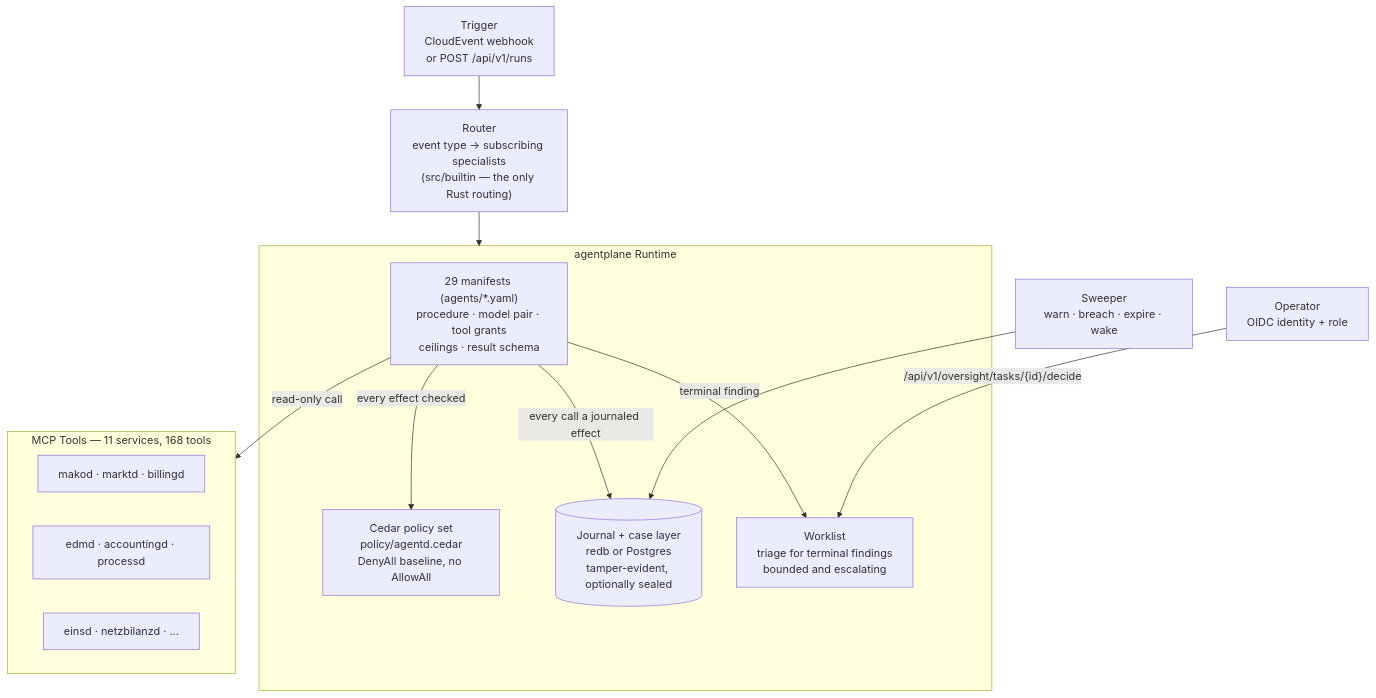
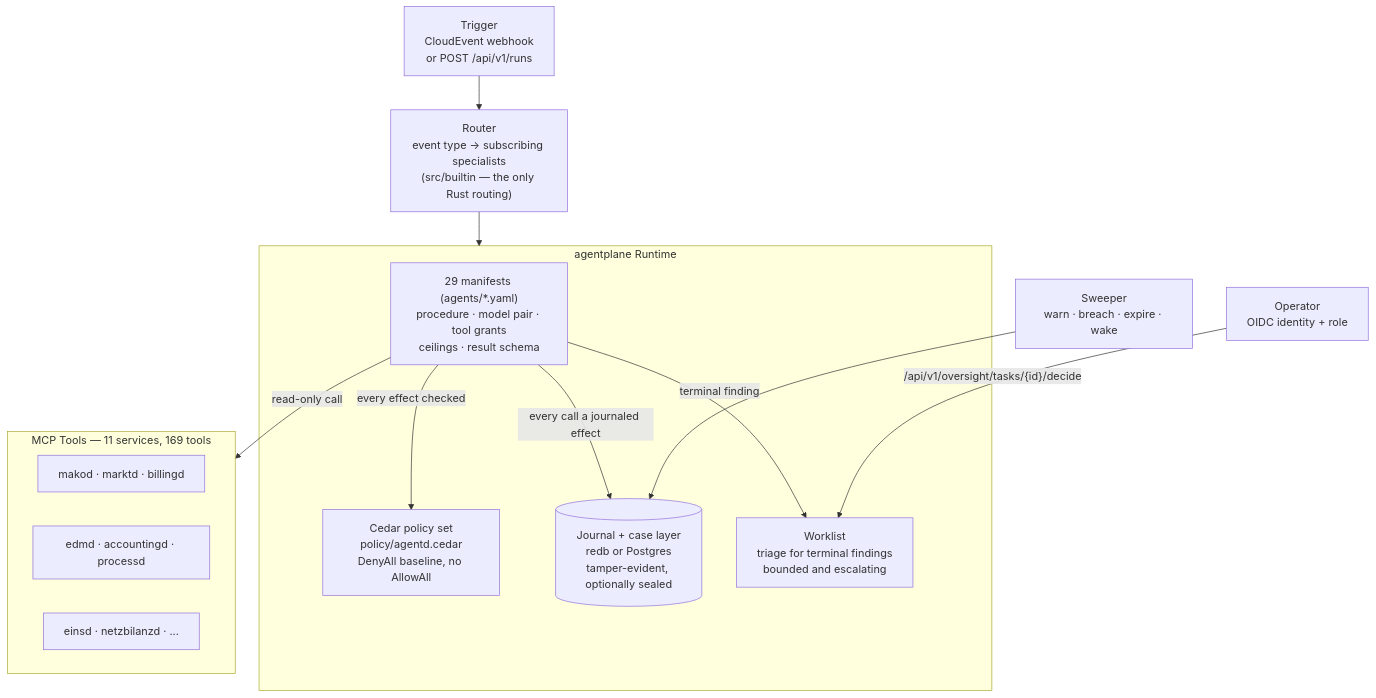
The first of 4 diagrams in site/content/docs/services/agentd.md (hupe1980/mako), drawn with Mermaid before and after one commit. The commit also changed other lines of this file and 112 other files, not shown here.

````diff
--- a/site/content/docs/services/agentd.md
+++ b/site/content/docs/services/agentd.md
@@ -418,29 +419,29 @@
 ```mermaid
 graph TB
     TRIGGER["Trigger<br/>CloudEvent webhook<br/>or POST /api/v1/runs"]
     ROUTER["Router<br/>event type → subscribing specialists<br/>(src/builtin — the only Rust routing)"]
 
     subgraph plane ["agentplane Runtime"]
         MANIFEST["29 manifests (agents/*.yaml)<br/>procedure · model pair · tool grants<br/>ceilings · result schema"]
         POLICY["Cedar policy set<br/>policy/agentd.cedar<br/>DenyAll baseline, no AllowAll"]
         JOURNAL[("Journal + case layer<br/>redb or Postgres<br/>tamper-evident, optionally sealed")]
         OVERSIGHT["Worklist<br/>triage for terminal findings<br/>bounded and escalating"]
     end
 
-    subgraph tools ["MCP Tools — 11 services, 168 tools"]
+    subgraph tools ["MCP Tools — 11 services, 169 tools"]
         T1["makod · marktd · billingd"]
         T2["edmd · accountingd · processd"]
         T3["einsd · netzbilanzd · ..."]
     end
 
     HUMAN["Operator<br/>OIDC identity + role"]
     SWEEP["Sweeper<br/>warn · breach · expire · wake"]
 
     TRIGGER --> ROUTER --> plane
     MANIFEST -->|"every effect checked"| POLICY
     MANIFEST -->|"every call a journaled effect"| JOURNAL
     MANIFEST -->|"terminal finding"| OVERSIGHT
     HUMAN -->|"/api/v1/oversight/tasks/{id}/decide"| OVERSIGHT
     SWEEP --> JOURNAL
     MANIFEST -->|"read-only call"| tools
 ```
````
